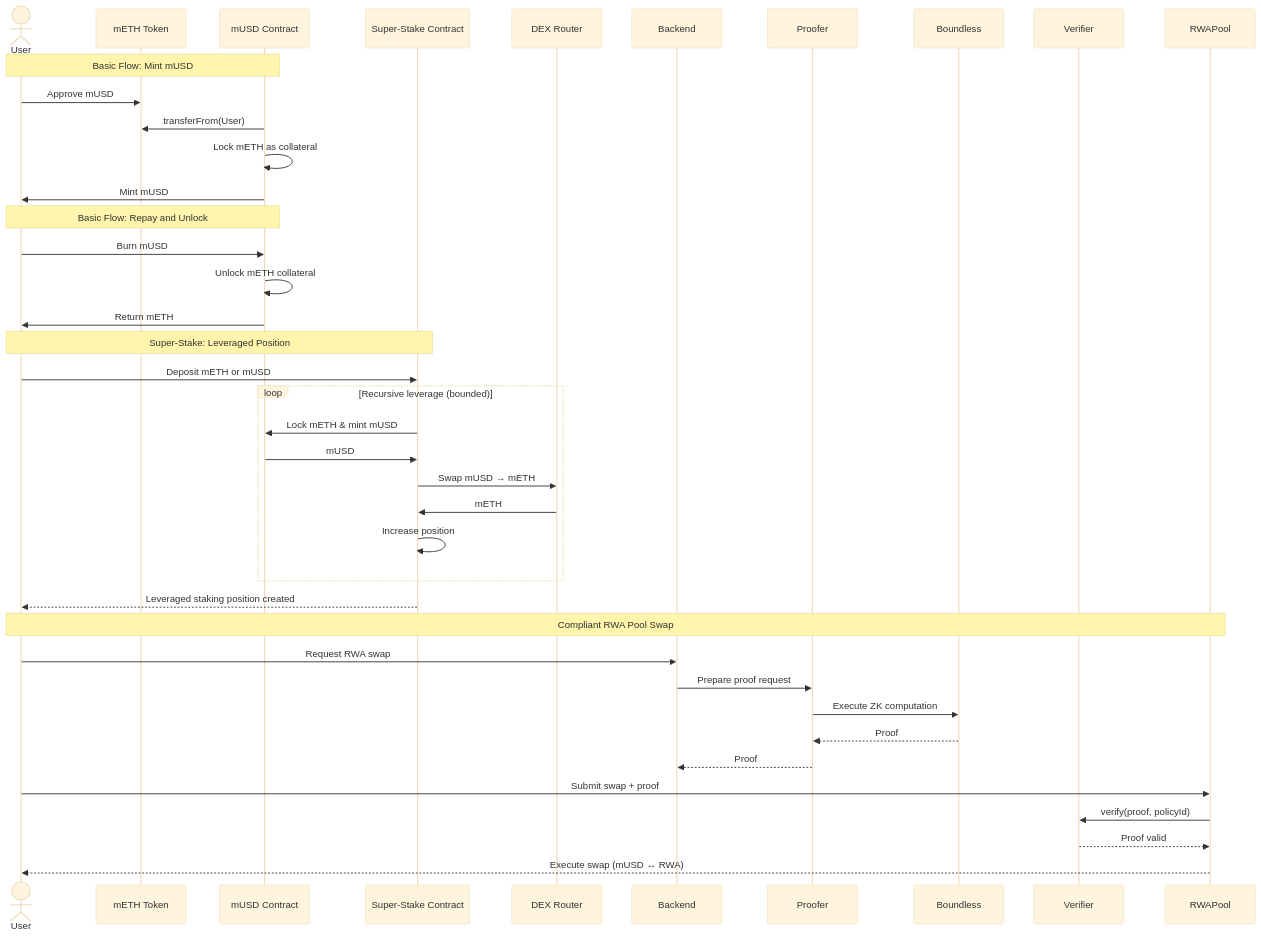
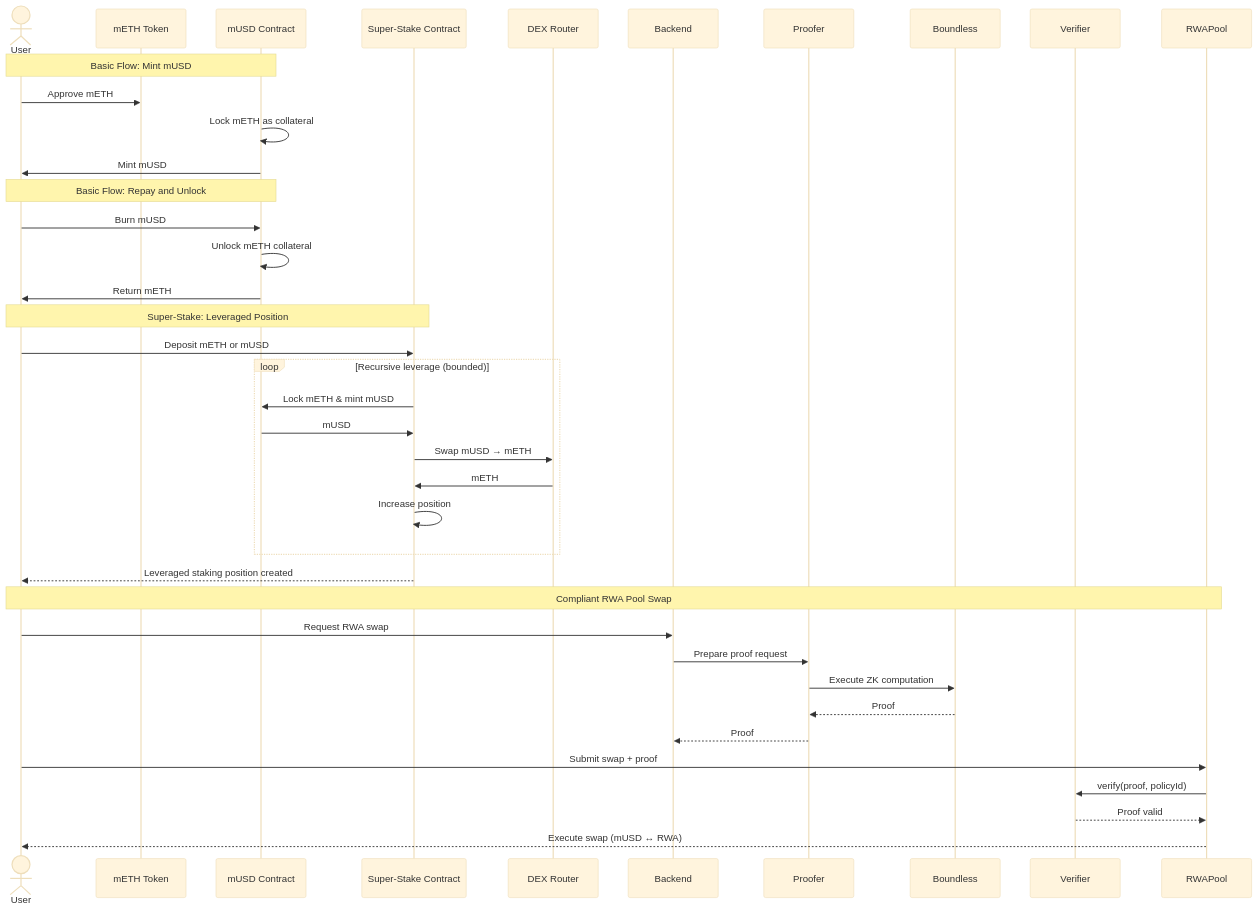
Before and after one commit to yehia67/mantle-usd: the sixth of 6 diagrams in README.md, drawn with Mermaid (base theme). The commit also changed other lines of this file, not shown here.

Commit message:
Update approval from mUSD to mETH in README

````diff
--- a/README.md
+++ b/README.md
@@ -278,54 +277,53 @@
 ```mermaid
 sequenceDiagram
     actor User
     participant mETH as mETH Token
     participant mUSD as mUSD Contract
     participant SuperStake as Super-Stake Contract
     participant DEX as DEX Router
     participant Backend
     participant Proofer
     participant Boundless
     participant Verifier
     participant RWAPool
 
     %% ========= BASIC mUSD MINTING =========
     Note over User,mUSD: Basic Flow: Mint mUSD
-    User->>mETH: Approve mUSD
-    mUSD->>mETH: transferFrom(User)
+    User->>mETH: Approve mETH
     mUSD->>mUSD: Lock mETH as collateral
     mUSD->>User: Mint mUSD
 
     %% ========= BASIC mUSD REDEEM =========
     Note over User,mUSD: Basic Flow: Repay and Unlock
     User->>mUSD: Burn mUSD
     mUSD->>mUSD: Unlock mETH collateral
     mUSD->>User: Return mETH
 
     %% ========= SUPER-STAKE LEVERAGE =========
     Note over User,SuperStake: Super-Stake: Leveraged Position
     User->>SuperStake: Deposit mETH or mUSD
 
     loop Recursive leverage (bounded)
         SuperStake->>mUSD: Lock mETH & mint mUSD
         mUSD->>SuperStake: mUSD
         SuperStake->>DEX: Swap mUSD → mETH
         DEX->>SuperStake: mETH
         SuperStake->>SuperStake: Increase position
     end
 
     SuperStake-->>User: Leveraged staking position created
 
     %% ========= COMPLIANT RWA SWAP =========
     Note over User,RWAPool: Compliant RWA Pool Swap
     User->>Backend: Request RWA swap
     Backend->>Proofer: Prepare proof request
     Proofer->>Boundless: Execute ZK computation
     Boundless-->>Proofer: Proof
     Proofer-->>Backend: Proof
 
     User->>RWAPool: Submit swap + proof
     RWAPool->>Verifier: verify(proof, policyId)
     Verifier-->>RWAPool: Proof valid
     RWAPool-->>User: Execute swap (mUSD ↔ RWA)
 
 ```
````
